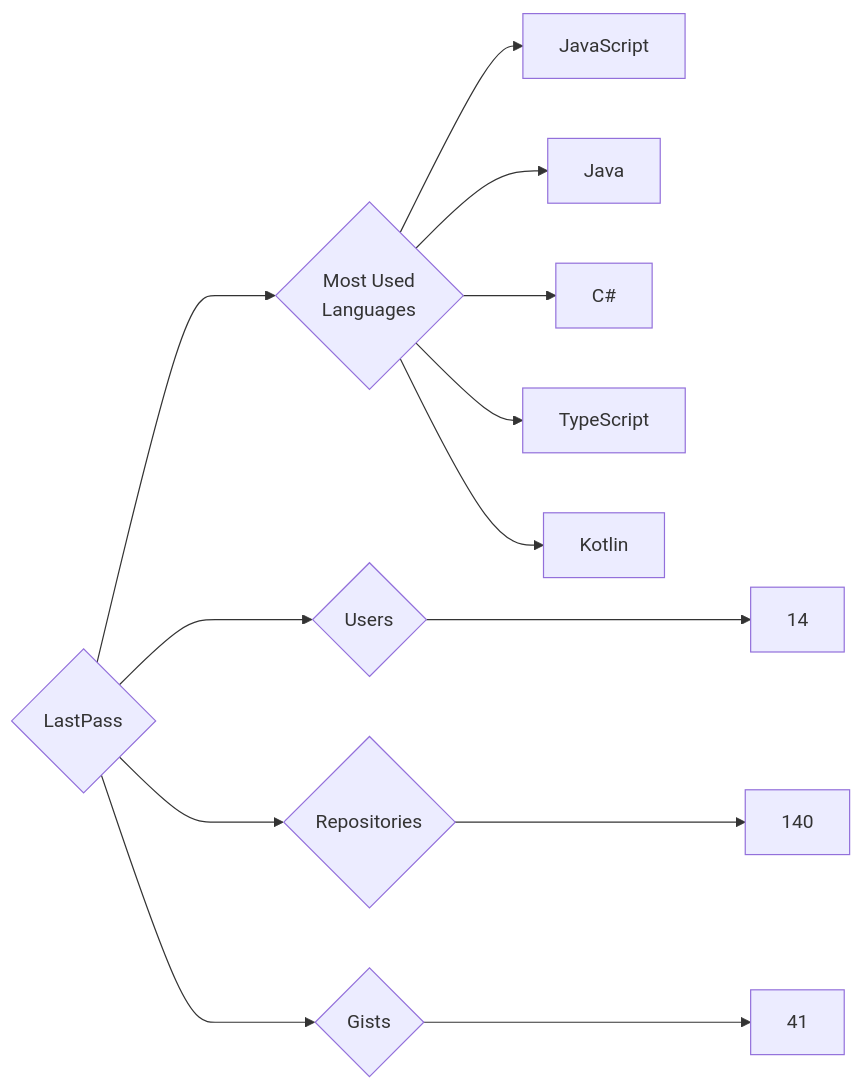
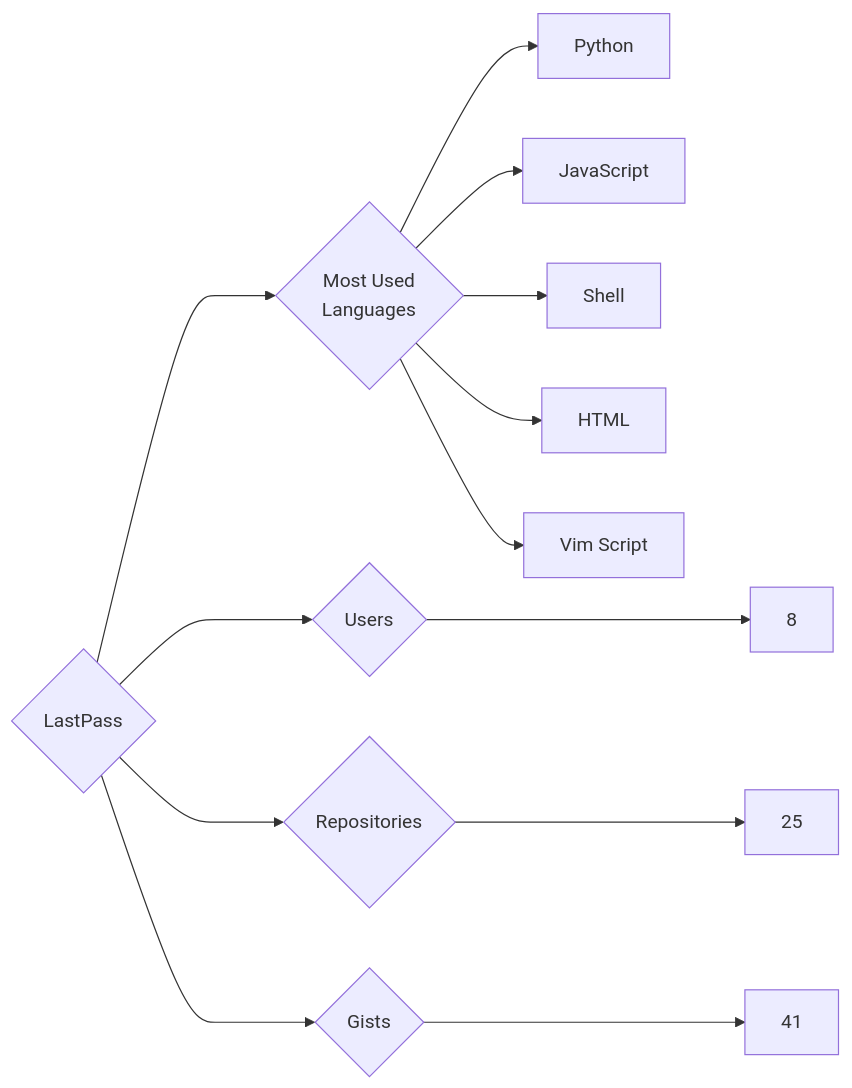
The diagram in targets/LastPass/README.md (trickest/insiders), drawn with Mermaid before and after one commit. The commit also changed 676 other files, not shown here.

````diff
--- a/targets/LastPass/README.md
+++ b/targets/LastPass/README.md
@@ -3,13 +3,13 @@
 ```mermaid
 graph LR
 COMPANY_NAME{LastPass}
-COMPANY_NAME ---> U{Users} ---> UN[14]
-COMPANY_NAME ---> R{Repositories} ---> RN[140]
+COMPANY_NAME ---> U{Users} ---> UN[8]
+COMPANY_NAME ---> R{Repositories} ---> RN[25]
 COMPANY_NAME ---> G{Gists} ---> GN[41]
 COMPANY_NAME ---> ML{Most Used<br>Languages}
+ML --> Python[Python]
 ML --> JavaScript[JavaScript]
-ML --> Java[Java]
-ML --> C#[C#]
-ML --> TypeScript[TypeScript]
-ML --> Kotlin[Kotlin]
+ML --> Shell[Shell]
+ML --> HTML[HTML]
+ML --> Vim_Script[Vim Script]
 ```
````
